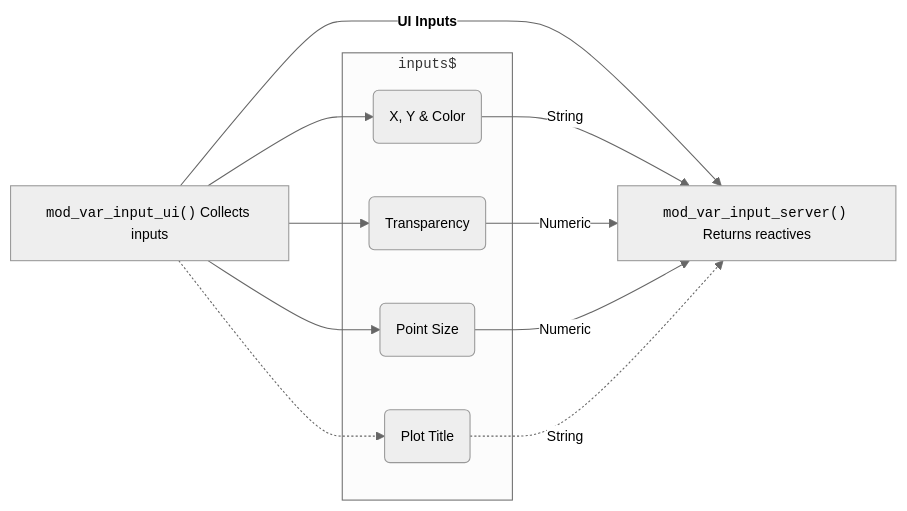
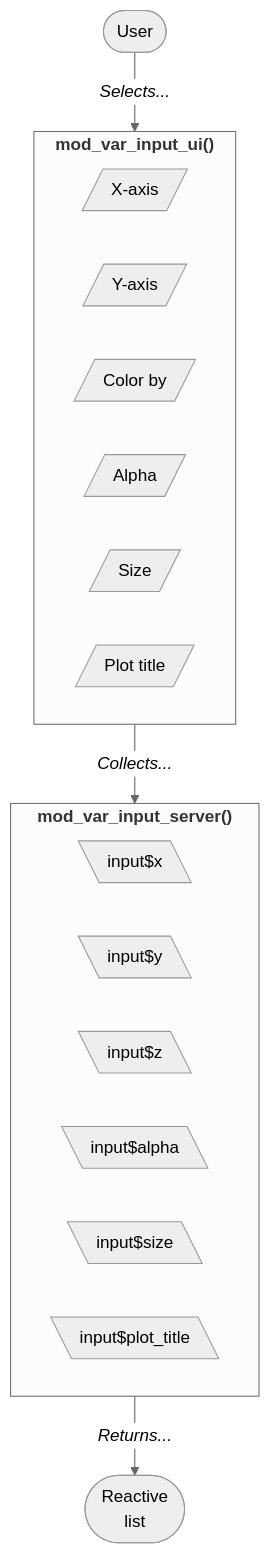
One commit to mjfrigaard/shiny-app-pkgs changed the first of 3 diagrams in shiny.qmd. Above: the diagram before and after it, drawn with Mermaid. The commit also changed other lines of this file and 27 other files, not shown here.

````diff
--- a/shiny.qmd
+++ b/shiny.qmd
@@ -623,21 +590,27 @@
 ```{mermaid}
 %%| fig-align: center
 %%| fig-cap: 'Variable input module'
-%%{init: {'theme': 'neutral', 'themeVariables': { 'fontFamily': 'monospace',"fontSize":"13px"}}}%%
-flowchart LR
-    UI["<code>mod_var_input_ui()</code> Collects inputs"] -->|"<strong>UI Inputs</strong>"| Server["<code>mod_var_input_server()</code> Returns reactives"]
-    subgraph Inputs["<code>inputs$</code>"]
-        Axes("X, Y & Color")
-        Aes("Transparency")
-        Size("Point Size")
-        Title("Plot Title")
+%%{init: {'theme': 'neutral', 'themeVariables': { 'fontFamily': 'monospace',"fontSize":"16px"}}}%%
+flowchart TD
+    User(["User"])
+    subgraph mod_var_input_server["<strong>mod_var_input_server()</strong>"]
+        XServer[\"input$x"\]
+        YServer[\"input$y"\]
+        ZServer[\"input$z"\]
+        AlphaServer[\"input$alpha"\]
+        SizeServer[\"input$size"\]
+        TitleServer[\"input$plot_title"\]
     end
-    UI --> Axes
-    UI --> Aes
-    UI --> Size
-    UI -.-> Title
-    Axes -->|String| Server
-    Aes -->|Numeric| Server
-    Size -->|Numeric| Server
-    Title -.->|String| Server
+    subgraph mod_var_input_ui["<strong>mod_var_input_ui()</strong>"]
+        XUI[/"X-axis"/]
+        YUI[/"Y-axis"/]
+        ZUI[/"Color by"/]
+        AlphaUI[/"Alpha"/]
+        SizeUI[/"Size"/]
+        TitleUI[/"Plot title"/]
+    end
+    User --> |"<em>Selects...</em>"|mod_var_input_ui
+    mod_var_input_ui -->|"<em>Collects...</em>"| mod_var_input_server
+    mod_var_input_server --> |"<em>Returns...</em>"|Return(["Reactive<br>list"])
+    
 ```
````
